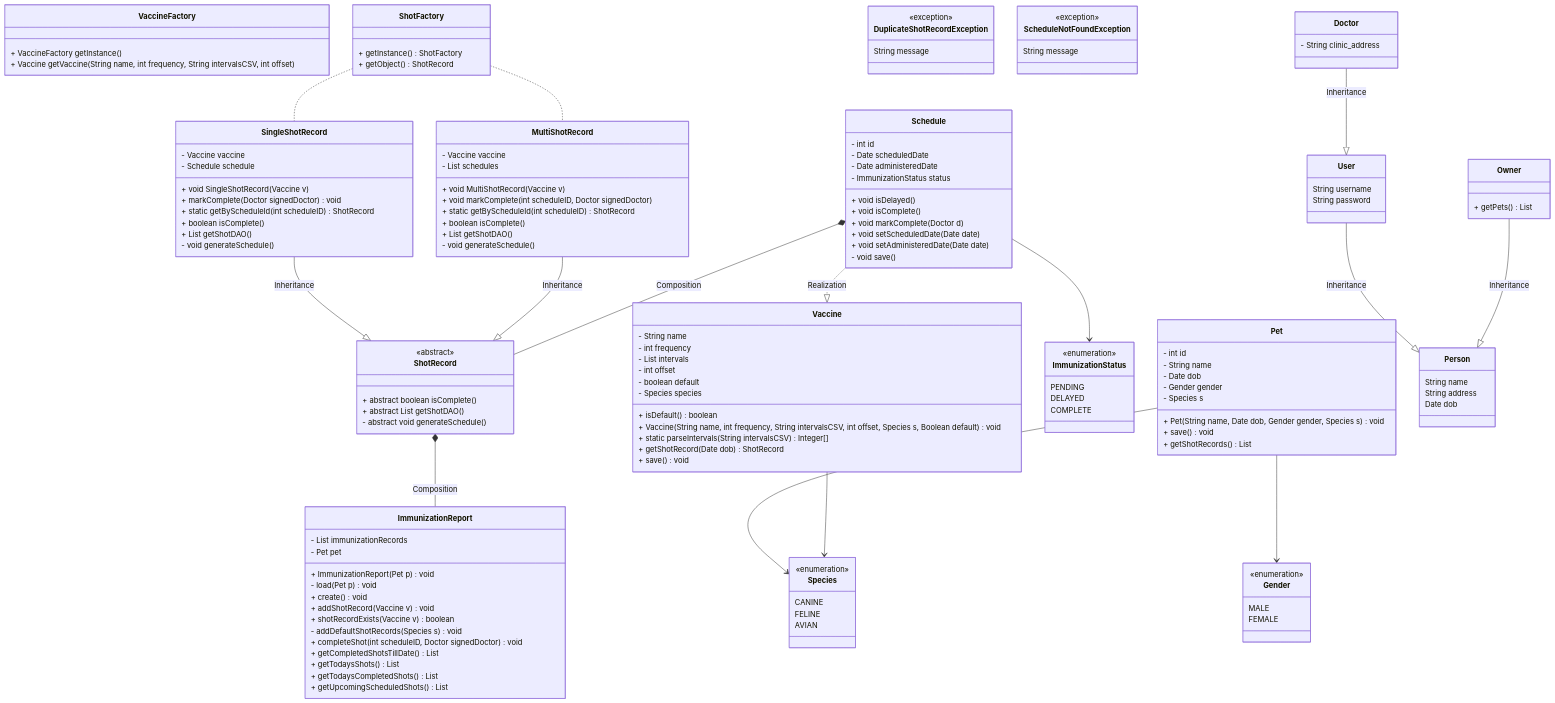
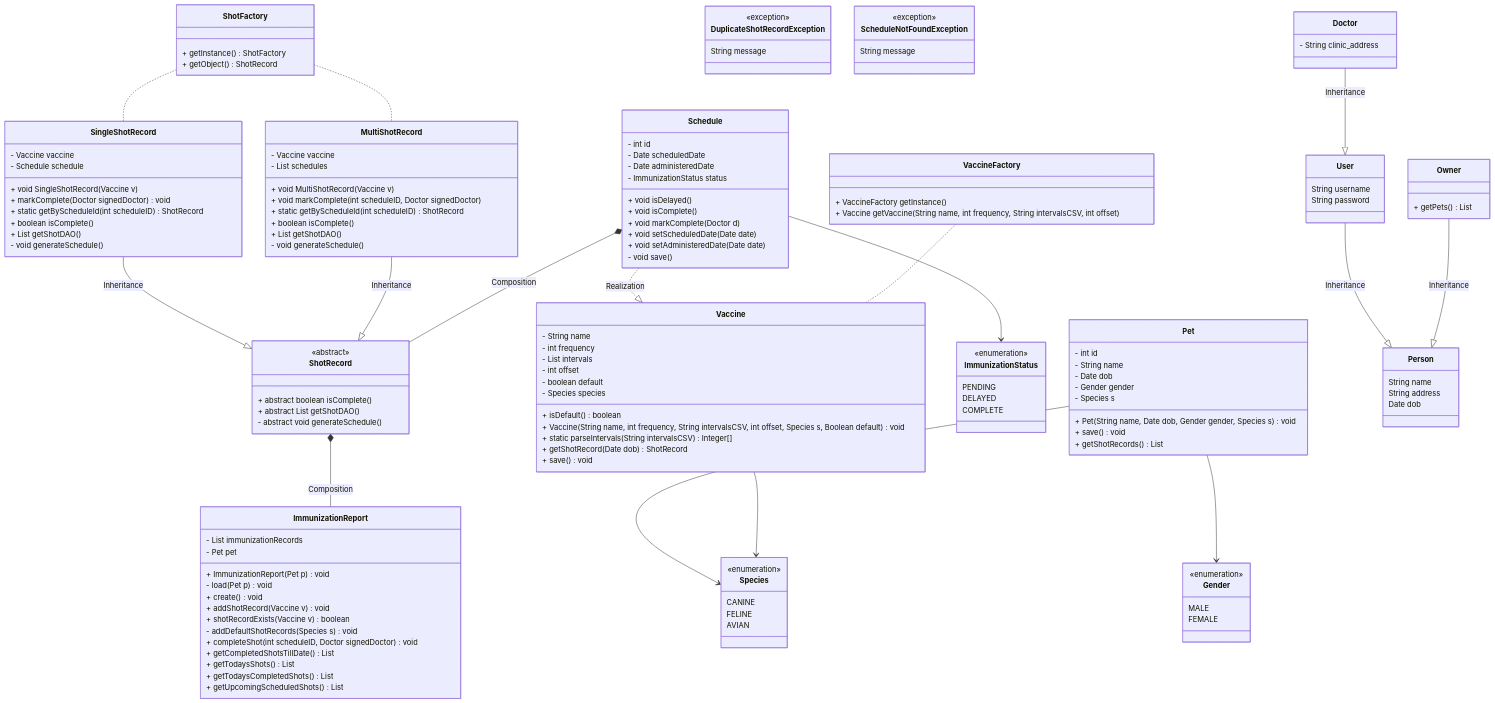
Before and after one commit to glanzz/ImmunET: the first of 3 diagrams in README.md, drawn with Mermaid. The commit also changed other lines of this file, not shown here.

Commit message:
Add other attribute

````diff
--- a/README.md
+++ b/README.md
@@ -161,5 +160,6 @@
     Vaccine --> Species
     ShotFactory..SingleShotRecord
     ShotFactory..MultiShotRecord
+    VaccineFactory..Vaccine
 
 ```
````
